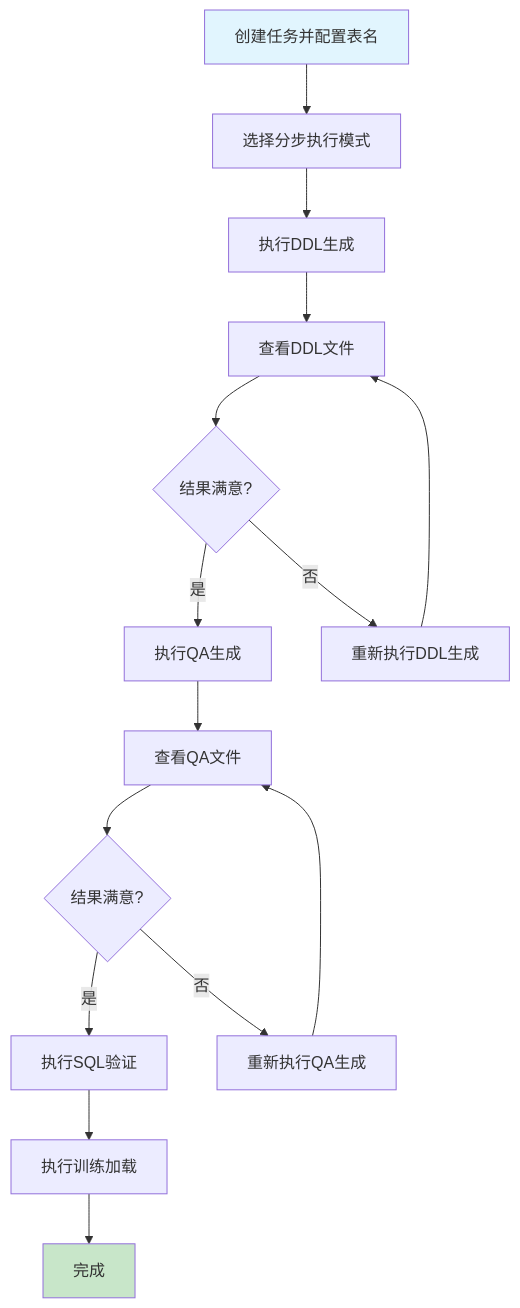
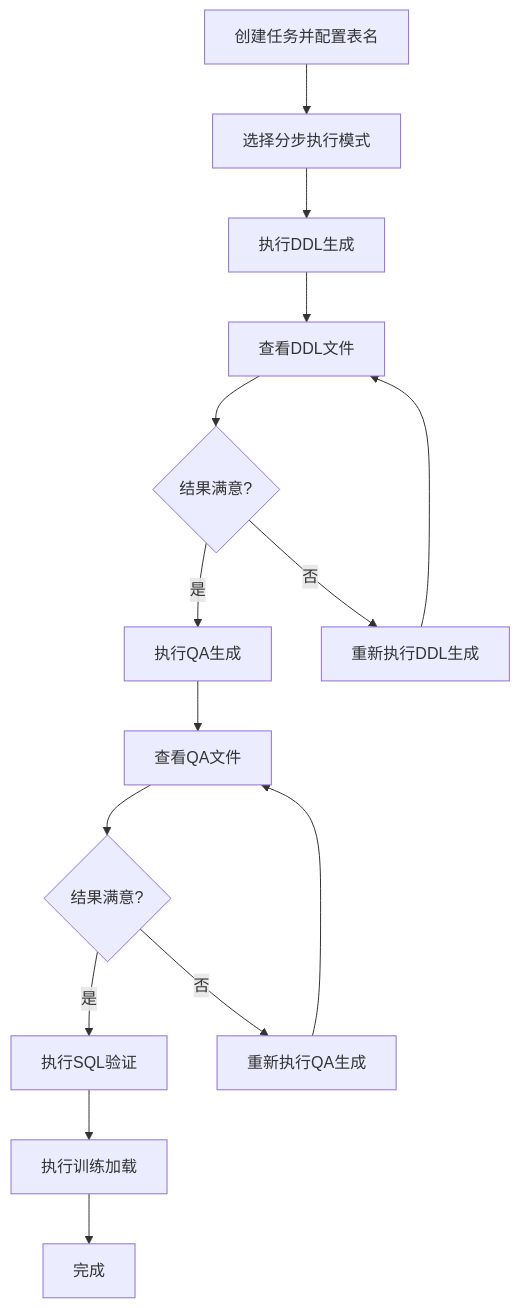
One commit to paulwxq/VANNA-CHAINLIT-CHROMADB changed the sixth of 6 diagrams in docs/training_data_webui_design.md. Above: the diagram before and after it, drawn with Mermaid. The commit also changed other lines of this file and 4 other files, not shown here.

````diff
--- a/docs/training_data_webui_design.md
+++ b/docs/training_data_webui_design.md
@@ -285,20 +283,17 @@
 ```mermaid
 flowchart TD
     A[创建任务并配置表名] --> B[选择分步执行模式]
     B --> C[执行DDL生成]
     C --> D[查看DDL文件]
     D --> E{结果满意?}
     E -->|是| F[执行QA生成]
     E -->|否| G[重新执行DDL生成]
     G --> D
     F --> H[查看QA文件]
     H --> I{结果满意?}
     I -->|是| J[执行SQL验证]
     I -->|否| K[重新执行QA生成]
     K --> H
     J --> L[执行训练加载]
     L --> M[完成]
-    
-    style A fill:#e1f5fe
-    style M fill:#c8e6c9
 ```
````
